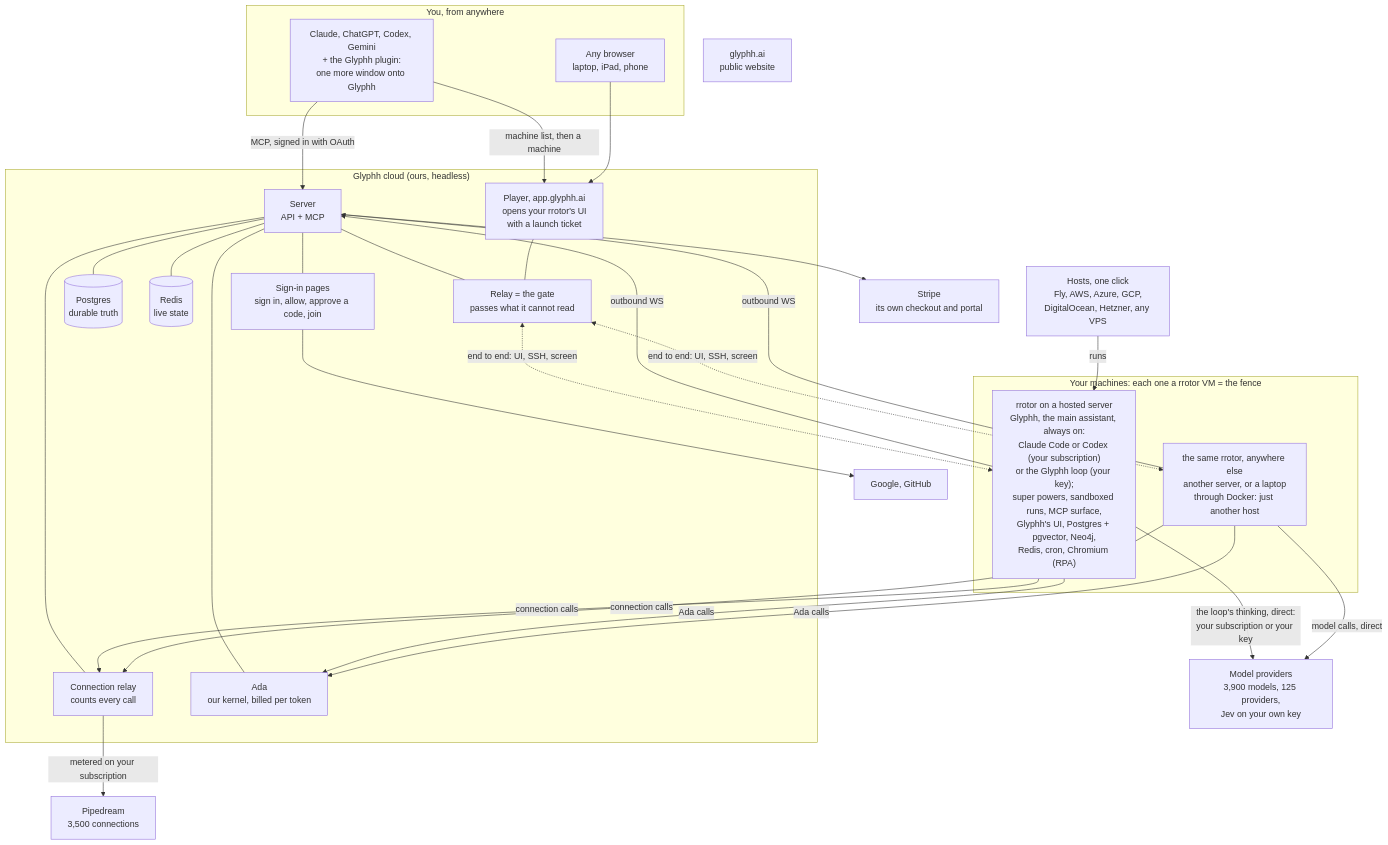
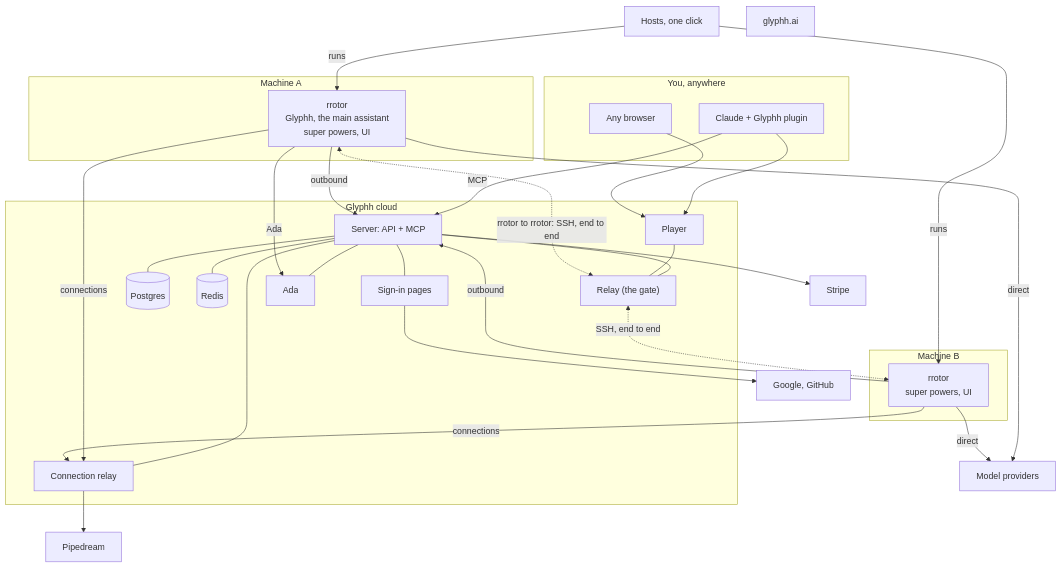
The diagram in docs/architecture.md (glyphh-ai/server), drawn with Mermaid before and after one commit. The commit also changed 4 other files, not shown here.

Commit message:
Super power configuration from the old editor, member and org settings from the old Settings pages; the diagram shows two separate machines talking through the relay

````diff
--- a/docs/architecture.md
+++ b/docs/architecture.md
@@ -3,55 +3,58 @@
 ```mermaid
 flowchart TB
-    subgraph You["You, from anywhere"]
-        Claude["Claude, ChatGPT, Codex, Gemini<br/>+ the Glyphh plugin:<br/>one more window onto Glyphh"]
-        Browser["Any browser<br/>laptop, iPad, phone"]
+    subgraph You["You, anywhere"]
+        Claude["Claude + Glyphh plugin"]
+        Browser["Any browser"]
     end
 
-    subgraph Cloud["Glyphh cloud (ours, headless)"]
-        Pages["Sign-in pages<br/>sign in, allow, approve a code, join"]
-        Player["Player, app.glyphh.ai<br/>opens your rrotor's UI<br/>with a launch ticket"]
-        Server["Server<br/>API + MCP"]
-        DB[("Postgres<br/>durable truth")]
-        Live[("Redis<br/>live state")]
-        Relay["Relay = the gate<br/>passes what it cannot read"]
-        ConnRelay["Connection relay<br/>counts every call"]
-        Ada["Ada<br/>our kernel, billed per token"]
+    subgraph Cloud["Glyphh cloud"]
+        Pages["Sign-in pages"]
+        Player["Player"]
+        Server["Server: API + MCP"]
+        DB[("Postgres")]
+        Live[("Redis")]
+        Relay["Relay (the gate)"]
+        ConnRelay["Connection relay"]
+        Ada["Ada"]
         Server --- DB
         Server --- Live
         Server --- Relay
         Server --- ConnRelay
         Server --- Ada
         Server --- Pages
         Player --- Relay
     end
 
-    subgraph Yours["Your machines: each one a rrotor VM = the fence"]
-        R1["rrotor on a hosted server<br/>Glyphh, the main assistant, always on:<br/>Claude Code or Codex (your subscription)<br/>or the Glyphh loop (your key);<br/>super powers, sandboxed runs, MCP surface,<br/>Glyphh's UI, Postgres + pgvector, Neo4j,<br/>Redis, cron, Chromium (RPA)"]
-        R2["the same rrotor, anywhere else<br/>another server, or a laptop<br/>through Docker: just another host"]
+    subgraph A["Machine A"]
+        RA["rrotor<br/>Glyphh, the main assistant<br/>super powers, UI"]
     end
 
-    Hosts["Hosts, one click<br/>Fly, AWS, Azure, GCP,<br/>DigitalOcean, Hetzner, any VPS"]
-    Site["glyphh.ai<br/>public website"]
-    Providers["Model providers<br/>3,900 models, 125 providers,<br/>Jev on your own key"]
-    Pipedream["Pipedream<br/>3,500 connections"]
-    Stripe["Stripe<br/>its own checkout and portal"]
+    subgraph B["Machine B"]
+        RB["rrotor<br/>super powers, UI"]
+    end
+
+    Providers["Model providers"]
+    Pipedream["Pipedream"]
+    Hosts["Hosts, one click"]
+    Stripe["Stripe"]
     SignIn["Google, GitHub"]
+    Site["glyphh.ai"]
 
-    Claude -- "MCP, signed in with OAuth" --> Server
-    Claude -- "machine list, then a machine" --> Player
+    Claude -- "MCP" --> Server
+    Claude --> Player
     Browser --> Player
-    Relay <-. "end to end: UI, SSH, screen" .-> R1
-    Relay <-. "end to end: UI, SSH, screen" .-> R2
-    R1 -- "outbound WS" --> Server
-    R2 -- "outbound WS" --> Server
-    R1 -- "the loop's thinking, direct:<br/>your subscription or your key" --> Providers
-    R2 -- "model calls, direct" --> Providers
-    R1 -- "connection calls" --> ConnRelay
-    R2 -- "connection calls" --> ConnRelay
-    R1 -- "Ada calls" --> Ada
-    R2 -- "Ada calls" --> Ada
-    ConnRelay -- "metered on your subscription" --> Pipedream
-    Hosts -- "runs" --> R1
+    RA <-. "rrotor to rrotor: SSH, end to end" .-> Relay
+    Relay <-. "SSH, end to end" .-> RB
+    RA -- "outbound" --> Server
+    RB -- "outbound" --> Server
+    RA -- "direct" --> Providers
+    RB -- "direct" --> Providers
+    RA -- "connections" --> ConnRelay
+    RB -- "connections" --> ConnRelay
+    RA -- "Ada" --> Ada
+    ConnRelay --> Pipedream
+    Hosts -- "runs" --> RA
+    Hosts -- "runs" --> RB
     Pages --> SignIn
     Server --> Stripe
 ```
````
